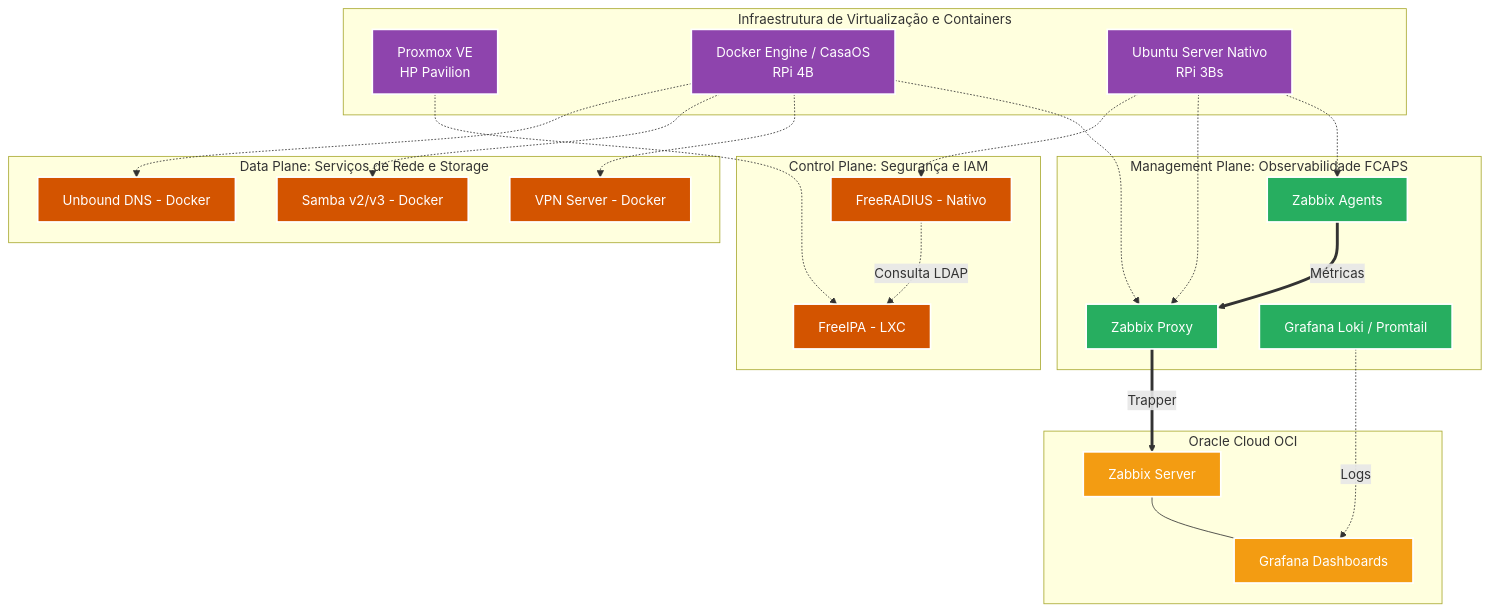
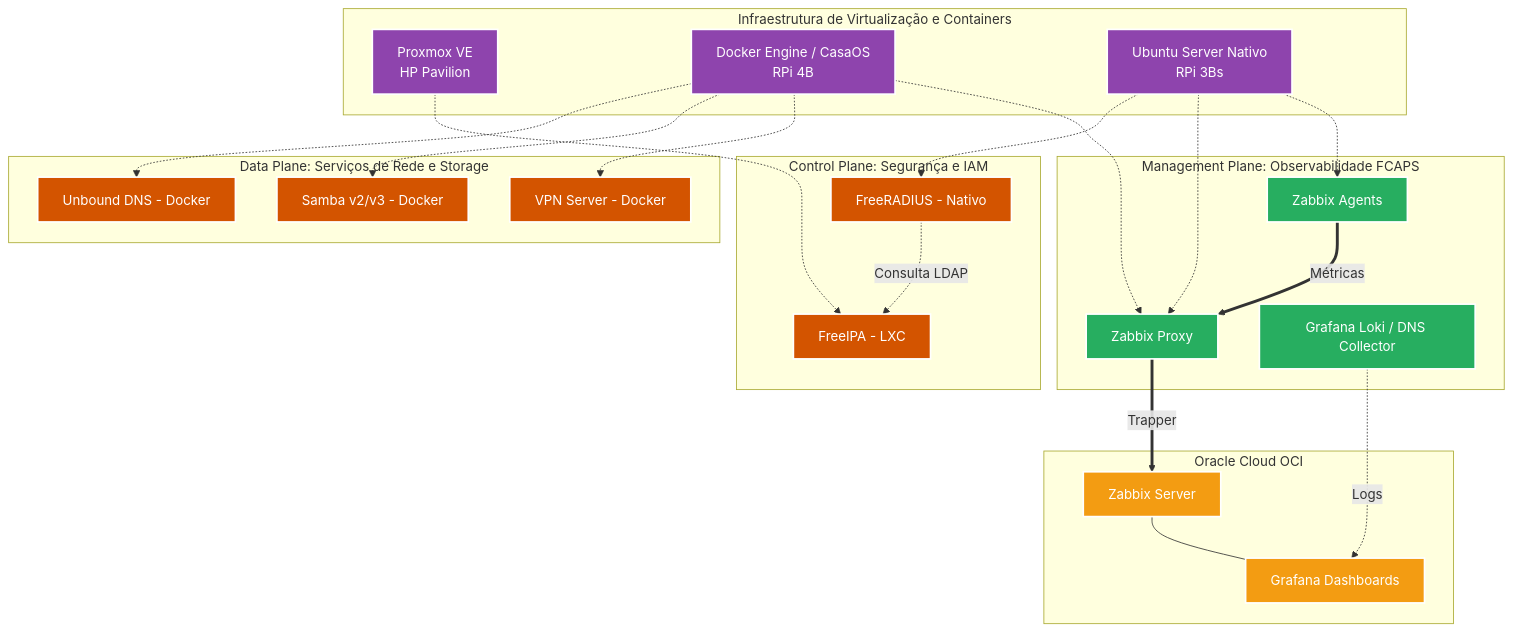
The second of 2 diagrams in Infrastructure/README.md (kevindexter22/Dr-Hardware-Autonet), drawn with Mermaid before and after one commit.

Commit message:
Update Grafana Loki label in README

````diff
--- a/Infrastructure/README.md
+++ b/Infrastructure/README.md
@@ -67,54 +67,54 @@
 ```mermaid
 graph TD
     %% Classes de Estilo L3-L7
     classDef hypervisor fill:#8e44ad,stroke:#FFFFFF,stroke-width:2px,color:#fff;
     classDef oss fill:#27ae60,stroke:#FFFFFF,stroke-width:2px,color:#fff;
     classDef coreService fill:#d35400,stroke:#FFFFFF,stroke-width:2px,color:#fff;
     classDef cloud fill:#f39c12,stroke:#FFFFFF,stroke-width:2px,color:#fff;
 
     subgraph VIM [Infraestrutura de Virtualização e Containers]
         PVE[Proxmox VE<br/>HP Pavilion]:::hypervisor
         DOCKER[Docker Engine / CasaOS<br/>RPi 4B]:::hypervisor
         NATIVE[Ubuntu Server Nativo<br/>RPi 3Bs]:::hypervisor
     end
 
     subgraph AAA_SEC [Control Plane: Segurança e IAM]
         FIPA[FreeIPA - LXC]:::coreService
         FRAD[FreeRADIUS - Nativo]:::coreService
         PVE -.-> FIPA
         NATIVE -.-> FRAD
         FRAD -.->|Consulta LDAP| FIPA
     end
 
     subgraph NET_SERVICES [Data Plane: Serviços de Rede e Storage]
         UNB[Unbound DNS - Docker]:::coreService
         SMB[Samba v2/v3 - Docker]:::coreService
         VPN[VPN Server - Docker]:::coreService
         
         DOCKER -.-> UNB
         DOCKER -.-> SMB
         DOCKER -.-> VPN
     end
 
     subgraph OSS_MGMT [Management Plane: Observabilidade FCAPS]
         ZPX[Zabbix Proxy]:::oss
         ZA[Zabbix Agents]:::oss
-        GRAF_LOKI[Grafana Loki / Promtail]:::oss
+        GRAF_LOKI[Grafana Loki / DNS Collector]:::oss
         
         DOCKER -.-> ZPX
         NATIVE -.-> ZPX
         NATIVE -.-> ZA
     end
 
     subgraph PUBLIC_CLOUD [Oracle Cloud OCI]
         ZBS[Zabbix Server]:::cloud
         GRAF[Grafana Dashboards]:::cloud
     end
 
     %% Fluxos de Mediação de Dados
     ZA ==>|Métricas| ZPX
     ZPX ==>|Trapper| ZBS
     GRAF_LOKI -.->|Logs| GRAF
     ZBS --- GRAF
 
 ```
````
